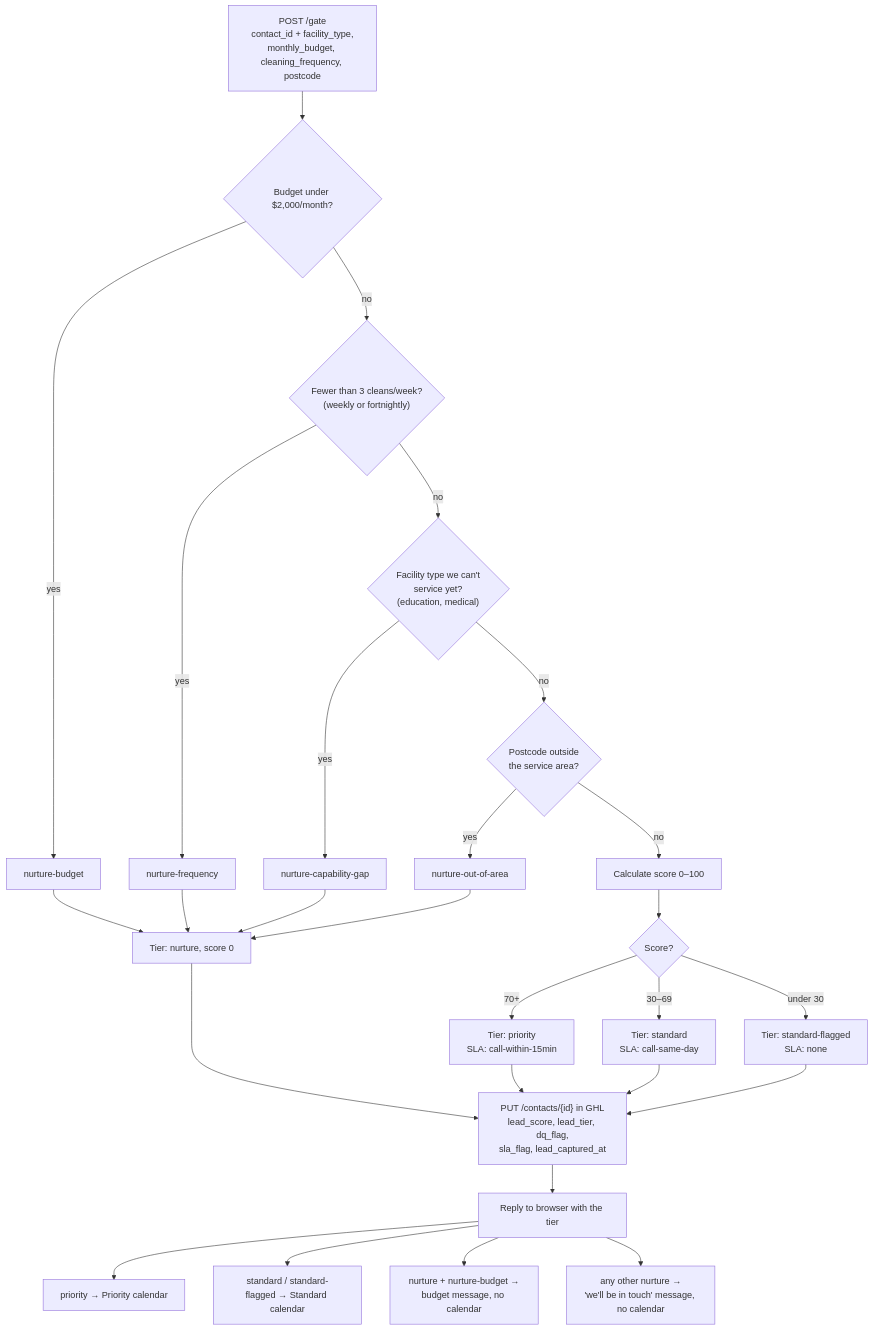
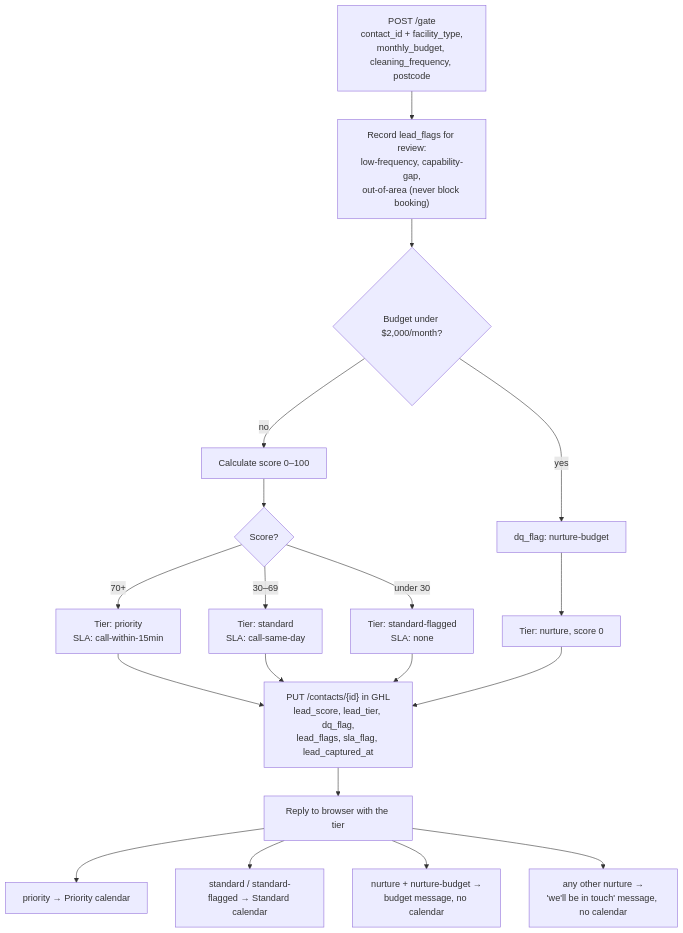
Before and after one commit to VantagePointFacilityServices/vpfs-website: the fifth of 11 diagrams in docs/WORKER.md, drawn with Mermaid. The commit also changed other lines of this file and 3 other files, not shown here.

First line of the commit message:
Make budget the only booking disqualifier; flag the rest

````diff
--- a/docs/WORKER.md
+++ b/docs/WORKER.md
@@ -290,27 +290,22 @@
 ```mermaid
 flowchart TD
     IN["POST /gate<br/>contact_id + facility_type,<br/>monthly_budget, cleaning_frequency, postcode"]
-    IN --> D1{"Budget under $2,000/month?"}
-    D1 -- yes --> N1["nurture-budget"]
-    D1 -- no --> D2{"Fewer than 3 cleans/week?<br/>(weekly or fortnightly)"}
-    D2 -- yes --> N2["nurture-frequency"]
-    D2 -- no --> D3{"Facility type we can't<br/>service yet?<br/>(education, medical)"}
-    D3 -- yes --> N3["nurture-capability-gap"]
-    D3 -- no --> D4{"Postcode outside<br/>the service area?"}
-    D4 -- yes --> N4["nurture-out-of-area"]
-    D4 -- no --> SC["Calculate score 0–100"]
+    IN --> FL["Record lead_flags for review:<br/>low-frequency, capability-gap,<br/>out-of-area (never block booking)"]
+    FL --> D1{"Budget under $2,000/month?"}
+    D1 -- yes --> N1["dq_flag: nurture-budget"]
+    D1 -- no --> SC["Calculate score 0–100"]
 
-    N1 & N2 & N3 & N4 --> NUR["Tier: nurture, score 0"]
+    N1 --> NUR["Tier: nurture, score 0"]
     SC --> T{"Score?"}
     T -- "70+" --> PR["Tier: priority<br/>SLA: call-within-15min"]
     T -- "30–69" --> ST["Tier: standard<br/>SLA: call-same-day"]
     T -- "under 30" --> SF["Tier: standard-flagged<br/>SLA: none"]
 
-    PR & ST & SF & NUR --> WB["PUT /contacts/{id} in GHL<br/>lead_score, lead_tier, dq_flag,<br/>sla_flag, lead_captured_at"]
+    PR & ST & SF & NUR --> WB["PUT /contacts/{id} in GHL<br/>lead_score, lead_tier, dq_flag,<br/>lead_flags, sla_flag, lead_captured_at"]
     WB --> OUT["Reply to browser with the tier"]
 
     OUT --> C1["priority → Priority calendar"]
     OUT --> C2["standard / standard-flagged → Standard calendar"]
     OUT --> C3["nurture + nurture-budget →<br/>budget message, no calendar"]
     OUT --> C4["any other nurture →<br/>'we'll be in touch' message, no calendar"]
 ```
````
